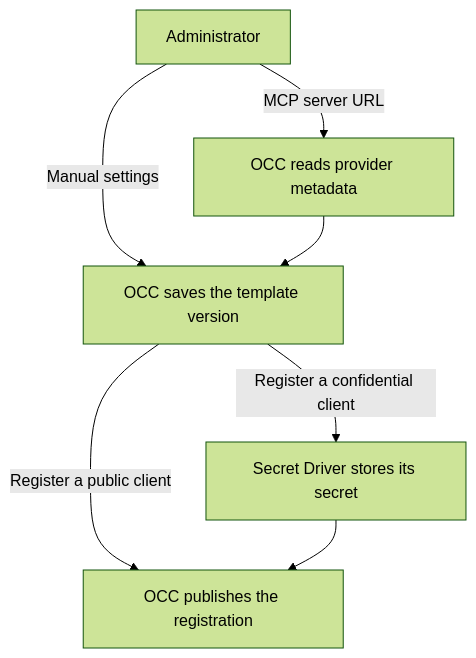
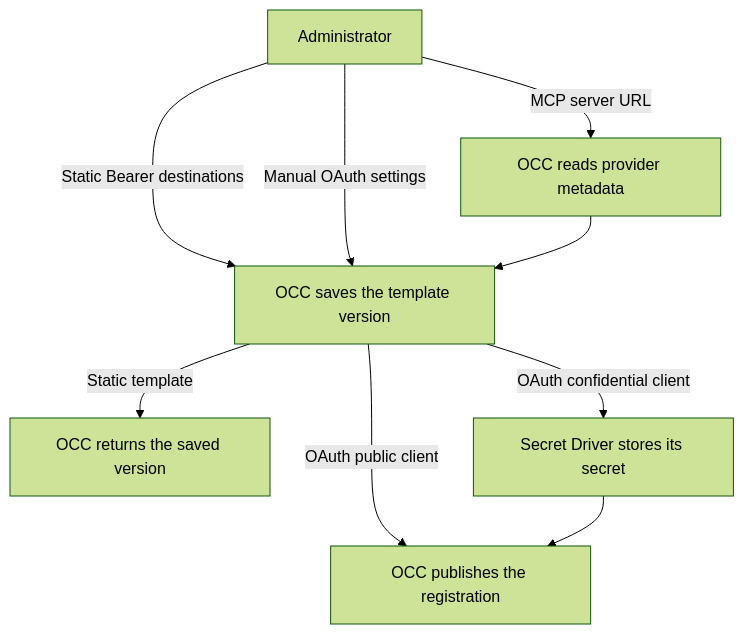
One commit to openclaw/openclaw-enterprise changed the first of 2 diagrams in docs/flows/connection-templates.md. Above: the diagram before and after it, drawn with Mermaid (forest theme). The commit also changed other lines of this file and 34 other files, not shown here.

First line of the commit message:
Add generic static Bearer Connection Templates (#6699)

````diff
--- a/docs/flows/connection-templates.md
+++ b/docs/flows/connection-templates.md
@@ -22,9 +22,11 @@
 ```mermaid
 graph TD
-  Admin["Administrator"] -->|Manual settings| Version["OCC saves the template version"]
+  Admin["Administrator"] -->|Static Bearer destinations| Version["OCC saves the template version"]
+  Admin -->|Manual OAuth settings| Version
   Admin -->|MCP server URL| Discovery["OCC reads provider metadata"]
   Discovery --> Version
-  Version -->|Register a confidential client| Secret["Secret Driver stores its secret"]
-  Version -->|Register a public client| Publish["OCC publishes the registration"]
+  Version -->|Static template| Saved["OCC returns the saved version"]
+  Version -->|OAuth confidential client| Secret["Secret Driver stores its secret"]
+  Version -->|OAuth public client| Publish["OCC publishes the registration"]
   Secret --> Publish
 ```
````
